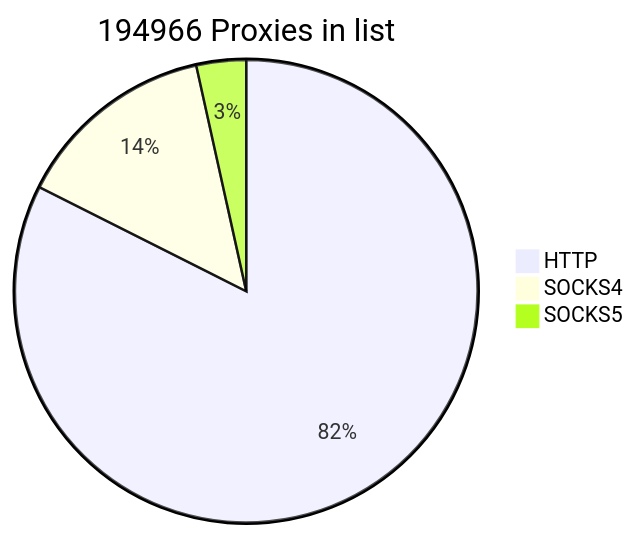
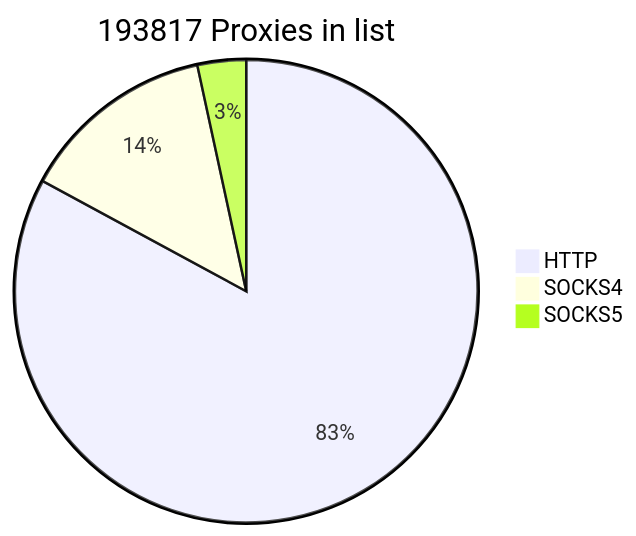
The first of 2 diagrams in README.md (cutipu/proxylist), drawn with Mermaid before and after one commit. The commit also changed other lines of this file, not shown here.

````diff
--- a/README.md
+++ b/README.md
@@ -2,7 +2,7 @@
 ```mermaid
-pie title 194966 Proxies in list
-    "HTTP" : 160691
-    "SOCKS4" : 27508
-    "SOCKS5" : 6767
+pie title 193817 Proxies in list
+    "HTTP" : 160665
+    "SOCKS4" : 26574
+    "SOCKS5" : 6578
             
 ```
````
